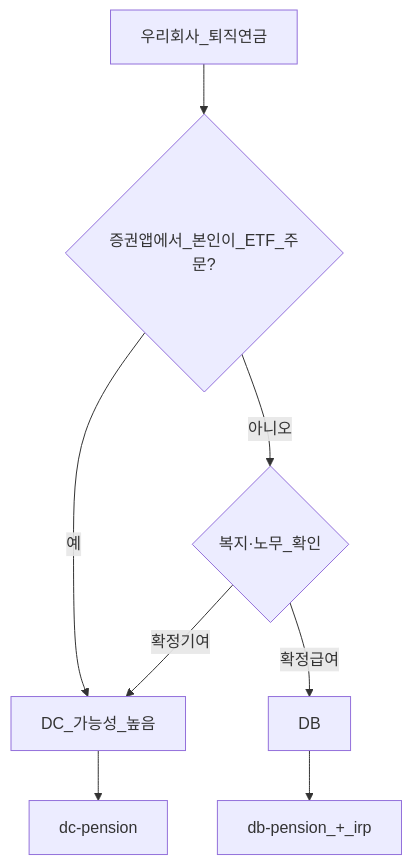
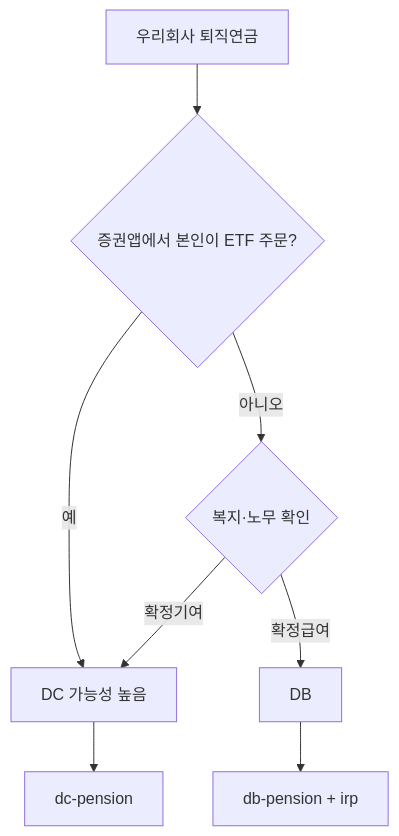
One commit to goldanghenry/Finances changed the first of 3 diagrams in 06-korea-policy/db-vs-dc-pension.md. Above: the diagram before and after it, drawn with Mermaid. The commit also changed other lines of this file and 211 other files, not shown here.

````diff
--- a/06-korea-policy/db-vs-dc-pension.md
+++ b/06-korea-policy/db-vs-dc-pension.md
@@ -100,10 +109,10 @@
 ```mermaid
 flowchart TD
-  Start[우리회사_퇴직연금] --> Q1{증권앱에서_본인이_ETF_주문?}
-  Q1 -->|예| DC[DC_가능성_높음]
-  Q1 -->|아니오| Q2{복지·노무_확인}
+  Start["우리회사 퇴직연금"] --> Q1{"증권앱에서 본인이 ETF 주문?"}
+  Q1 -->|예| DC["DC 가능성 높음"]
+  Q1 -->|아니오| Q2{"복지·노무 확인"}
   Q2 -->|확정급여| DB[DB]
   Q2 -->|확정기여| DC
-  DB --> ReadDB[db-pension_+_irp]
+  DB --> ReadDB["db-pension + irp"]
   DC --> ReadDC[dc-pension]
 ```
````
